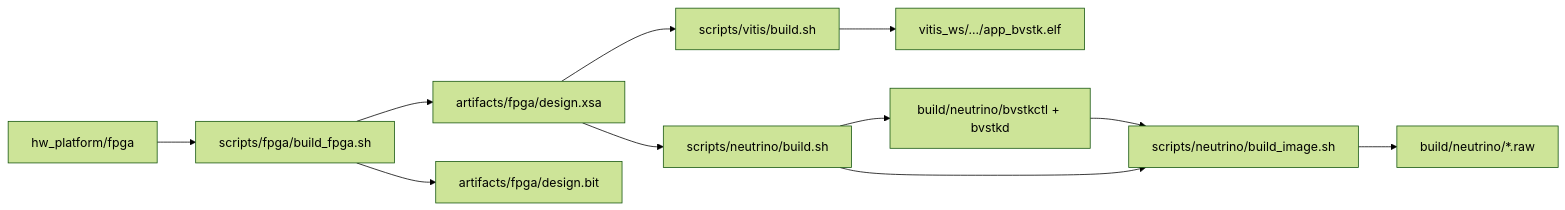
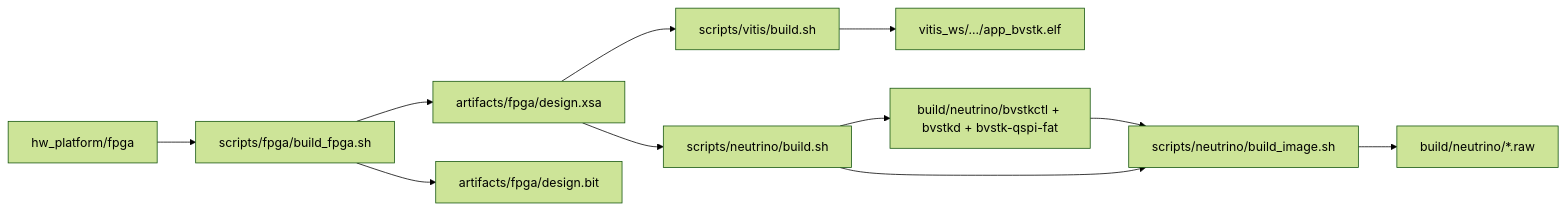
The first of 2 diagrams in docs/dev/build.md (igtrefilov/bvstk), drawn with Mermaid (forest theme) before and after one commit. The commit also changed other lines of this file and 19 other files, not shown here.

````diff
--- a/docs/dev/build.md
+++ b/docs/dev/build.md
@@ -23,13 +23,13 @@
 ```mermaid
 flowchart LR
     HW[hw_platform/fpga] --> Vivado[scripts/fpga/build_fpga.sh]
     Vivado --> XSA[artifacts/fpga/design.xsa]
     Vivado --> BIT[artifacts/fpga/design.bit]
     XSA --> Vitis[scripts/vitis/build.sh]
     Vitis --> ELF[vitis_ws/.../app_bvstk.elf]
     XSA --> NBuild[scripts/neutrino/build.sh]
-    NBuild --> Apps[build/neutrino/bvstkctl + bvstkd]
+    NBuild --> Apps[build/neutrino/bvstkctl + bvstkd + bvstk-qspi-fat]
     Apps --> Image[scripts/neutrino/build_image.sh]
     NBuild --> Image
     Image --> IFS[build/neutrino/*.raw]
 ```
````
